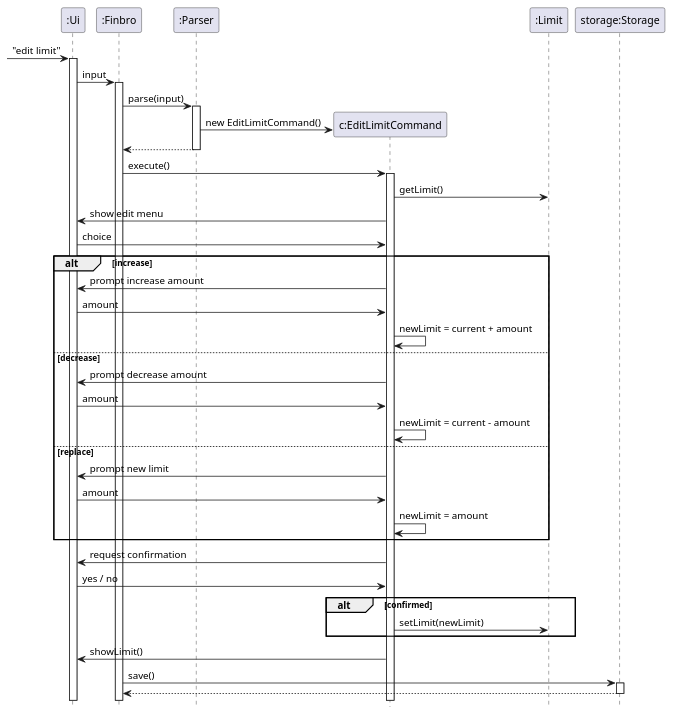
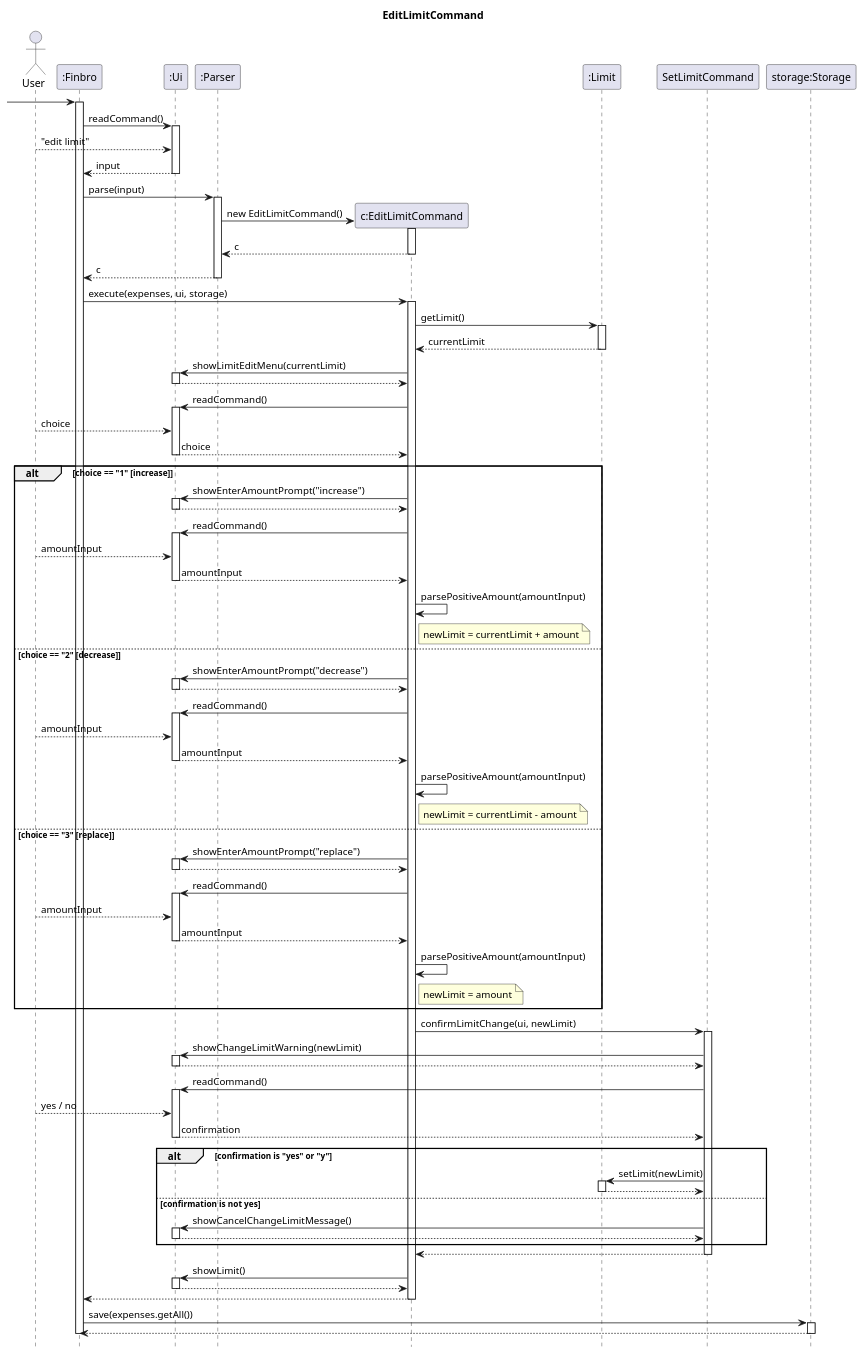
One commit to natmloclam/tp changed the diagram in docs/UML_diagrams/EditLimit.puml. Above: the diagram before and after it, drawn with PlantUML. The commit also changed 1 other file, not shown here.

Commit message:
Modify EditLimit UML diagram

```diff
--- a/docs/UML_diagrams/EditLimit.puml
+++ b/docs/UML_diagrams/EditLimit.puml
@@ -1,47 +1,148 @@
 @startuml
+title EditLimitCommand
 hide footbox
 
-->":Ui"++: "edit limit"
-":Ui" -> ":Finbro"++: input
+actor User
 
-":Finbro" -> ":Parser"++: parse(input)
-create "c:EditLimitCommand"
-":Parser" -> "c:EditLimitCommand": new EditLimitCommand()
-return
+participant ":Finbro" as Finbro
+participant ":Ui" as Ui
+participant ":Parser" as Parser
+participant "c:EditLimitCommand" as EditLimitCommand
+participant ":Limit" as Limit
+participant "SetLimitCommand" as SetLimitCommand
+participant "storage:Storage" as Storage
 
-":Finbro" -> "c:EditLimitCommand"++: execute()
+[-> Finbro
+activate Finbro
 
-"c:EditLimitCommand" -> ":Limit": getLimit()
+Finbro -> Ui : readCommand()
+activate Ui
+User --> Ui : "edit limit"
+Ui --> Finbro : input
+deactivate Ui
 
-"c:EditLimitCommand" -> ":Ui": show edit menu
-":Ui" -> "c:EditLimitCommand": choice
+Finbro -> Parser : parse(input)
+activate Parser
+create EditLimitCommand
+Parser -> EditLimitCommand : new EditLimitCommand()
+activate EditLimitCommand
+EditLimitCommand --> Parser : c
+deactivate EditLimitCommand
+Parser --> Finbro : c
+deactivate Parser
 
-alt increase
-    "c:EditLimitCommand" -> ":Ui": prompt increase amount
-    ":Ui" -> "c:EditLimitCommand": amount
-    "c:EditLimitCommand" -> "c:EditLimitCommand": newLimit = current + amount
+Finbro -> EditLimitCommand : execute(expenses, ui, storage)
+activate EditLimitCommand
 
-else decrease
-    "c:EditLimitCommand" -> ":Ui": prompt decrease amount
-    ":Ui" -> "c:EditLimitCommand": amount
-    "c:EditLimitCommand" -> "c:EditLimitCommand": newLimit = current - amount
+EditLimitCommand -> Limit : getLimit()
+activate Limit
+Limit --> EditLimitCommand : currentLimit
+deactivate Limit
 
-else replace
-    "c:EditLimitCommand" -> ":Ui": prompt new limit
-    ":Ui" -> "c:EditLimitCommand": amount
-    "c:EditLimitCommand" -> "c:EditLimitCommand": newLimit = amount
+EditLimitCommand -> Ui : showLimitEditMenu(currentLimit)
+activate Ui
+Ui --> EditLimitCommand
+deactivate Ui
+
+EditLimitCommand -> Ui : readCommand()
+activate Ui
+User --> Ui : choice
+Ui --> EditLimitCommand : choice
+deactivate Ui
+
+alt choice == "1" [increase]
+    EditLimitCommand -> Ui : showEnterAmountPrompt("increase")
+    activate Ui
+    Ui --> EditLimitCommand
+    deactivate Ui
+
+    EditLimitCommand -> Ui : readCommand()
+    activate Ui
+    User --> Ui : amountInput
+    Ui --> EditLimitCommand : amountInput
+    deactivate Ui
+
+    EditLimitCommand -> EditLimitCommand : parsePositiveAmount(amountInput)
+    note right of EditLimitCommand
+      newLimit = currentLimit + amount
+    end note
+
+else choice == "2" [decrease]
+    EditLimitCommand -> Ui : showEnterAmountPrompt("decrease")
+    activate Ui
+    Ui --> EditLimitCommand
+    deactivate Ui
+
+    EditLimitCommand -> Ui : readCommand()
+    activate Ui
+    User --> Ui : amountInput
+    Ui --> EditLimitCommand : amountInput
+    deactivate Ui
+
+    EditLimitCommand -> EditLimitCommand : parsePositiveAmount(amountInput)
+    note right of EditLimitCommand
+      newLimit = currentLimit - amount
+    end note
+
+else choice == "3" [replace]
+    EditLimitCommand -> Ui : showEnterAmountPrompt("replace")
+    activate Ui
+    Ui --> EditLimitCommand
+    deactivate Ui
+
+    EditLimitCommand -> Ui : readCommand()
+    activate Ui
+    User --> Ui : amountInput
+    Ui --> EditLimitCommand : amountInput
+    deactivate Ui
+
+    EditLimitCommand -> EditLimitCommand : parsePositiveAmount(amountInput)
+    note right of EditLimitCommand
+      newLimit = amount
+    end note
 end
 
-"c:EditLimitCommand" -> ":Ui": request confirmation
-":Ui" -> "c:EditLimitCommand": yes / no
+EditLimitCommand -> SetLimitCommand : confirmLimitChange(ui, newLimit)
+activate SetLimitCommand
 
-alt confirmed
-    "c:EditLimitCommand" -> ":Limit": setLimit(newLimit)
+SetLimitCommand -> Ui : showChangeLimitWarning(newLimit)
+activate Ui
+Ui --> SetLimitCommand
+deactivate Ui
+
+SetLimitCommand -> Ui : readCommand()
+activate Ui
+User --> Ui : yes / no
+Ui --> SetLimitCommand : confirmation
+deactivate Ui
+
+alt confirmation is "yes" or "y"
+    SetLimitCommand -> Limit : setLimit(newLimit)
+    activate Limit
+    Limit --> SetLimitCommand
+    deactivate Limit
+else confirmation is not yes
+    SetLimitCommand -> Ui : showCancelChangeLimitMessage()
+    activate Ui
+    Ui --> SetLimitCommand
+    deactivate Ui
 end
 
-"c:EditLimitCommand" -> ":Ui": showLimit()
+SetLimitCommand --> EditLimitCommand
+deactivate SetLimitCommand
 
-":Finbro" -> "storage:Storage"++: save()
-return
+EditLimitCommand -> Ui : showLimit()
+activate Ui
+Ui --> EditLimitCommand
+deactivate Ui
 
+EditLimitCommand --> Finbro
+deactivate EditLimitCommand
+
+Finbro -> Storage : save(expenses.getAll())
+activate Storage
+Storage --> Finbro
+deactivate Storage
+
+deactivate Finbro
 @enduml
```
